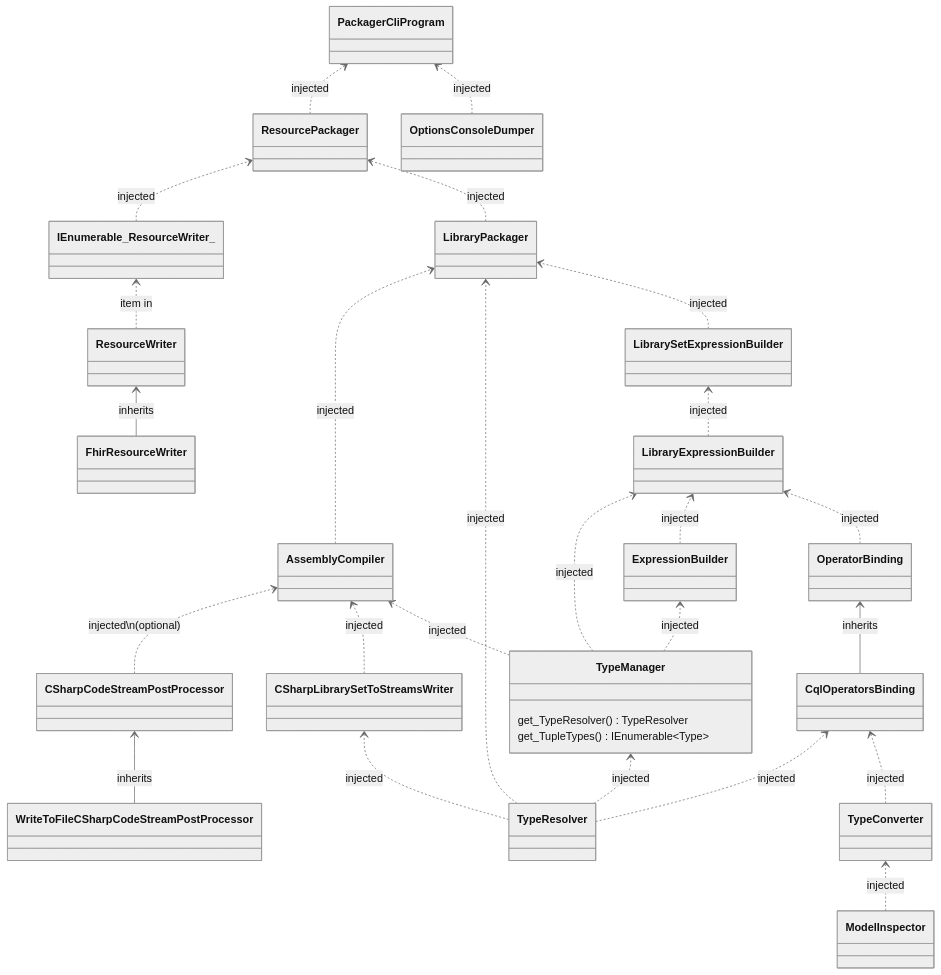
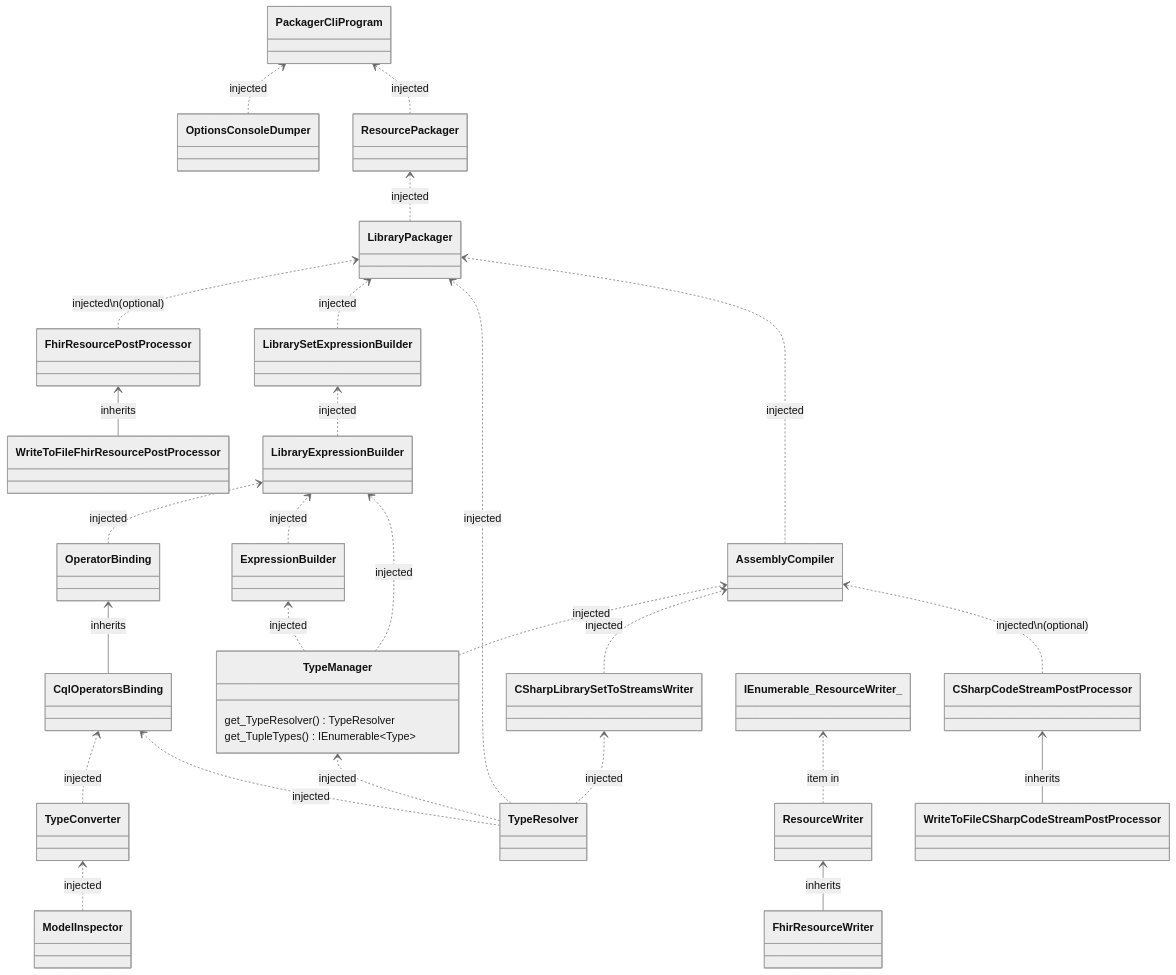
One commit to FirelyTeam/firely-cql-sdk changed the first of 2 diagrams in docs/packager-cli-dependency-graph.md. Above: the diagram before and after it, drawn with Mermaid (neutral theme). The commit also changed 16 other files, not shown here.

Commit message:
Handle all errors in LibraryPackager. Handle FHIR resourfce writing to be the same as with C# code writing (via post processor services)

````diff
--- a/docs/packager-cli-dependency-graph.md
+++ b/docs/packager-cli-dependency-graph.md
@@ -5,66 +5,67 @@
 ```mermaid
 classDiagram
     direction BT
 
     %% HACK: Mermaid doesnt support commas withing generic, so use a similar looking character (﹐)
 
     class TypeManager {
         get_TypeResolver() TypeResolver
         get_TupleTypes() IEnumerable~Type~
     }
 
     subgraph Generating_CSharp_From_LibrarySet_AndDefinitions
         class CSharpLibrarySetToStreamsWriter {
         }
 
         class CSharpCodeStreamPostProcessor {
         }
 
         class WriteToFileCSharpCodeStreamPostProcessor {
         }
     end
 
 
     %% Inheritance  
     
     CqlOperatorsBinding --> OperatorBinding : inherits
     FhirResourceWriter --> ResourceWriter : inherits
     WriteToFileCSharpCodeStreamPostProcessor --> CSharpCodeStreamPostProcessor : inherits
+    WriteToFileFhirResourcePostProcessor --> FhirResourcePostProcessor : inherits
 
     %% Injected Dependencies
 
     CSharpCodeStreamPostProcessor ..> AssemblyCompiler : injected\n(optional)
     CSharpLibrarySetToStreamsWriter ..> AssemblyCompiler : injected
     TypeManager ..> AssemblyCompiler : injected
 
     TypeManager ..> ExpressionBuilder : injected
 
     ResourcePackager ..> PackagerCliProgram : injected 
     OptionsConsoleDumper ..> PackagerCliProgram : injected 
       
     TypeResolver ..> CqlOperatorsBinding : injected
     TypeConverter ..> CqlOperatorsBinding : injected
 
     ModelInspector ..> TypeConverter : injected  
 
     TypeResolver ..> TypeManager : injected
 
     AssemblyCompiler ..> LibraryPackager : injected
     TypeResolver ..> LibraryPackager : injected
     LibrarySetExpressionBuilder ..> LibraryPackager : injected
+    FhirResourcePostProcessor ..> LibraryPackager : injected\n(optional) 
     
     TypeResolver ..> CSharpLibrarySetToStreamsWriter : injected
 
     TypeManager ..> LibraryExpressionBuilder : injected
     ExpressionBuilder ..> LibraryExpressionBuilder : injected
     OperatorBinding ..> LibraryExpressionBuilder : injected
 
     LibraryExpressionBuilder ..> LibrarySetExpressionBuilder : injected
 
-    IEnumerable_ResourceWriter_ ..> ResourcePackager : injected 
     LibraryPackager ..> ResourcePackager : injected
 
     %% Rest
     ResourceWriter ..> IEnumerable_ResourceWriter_ : item in
 
 ```
````
